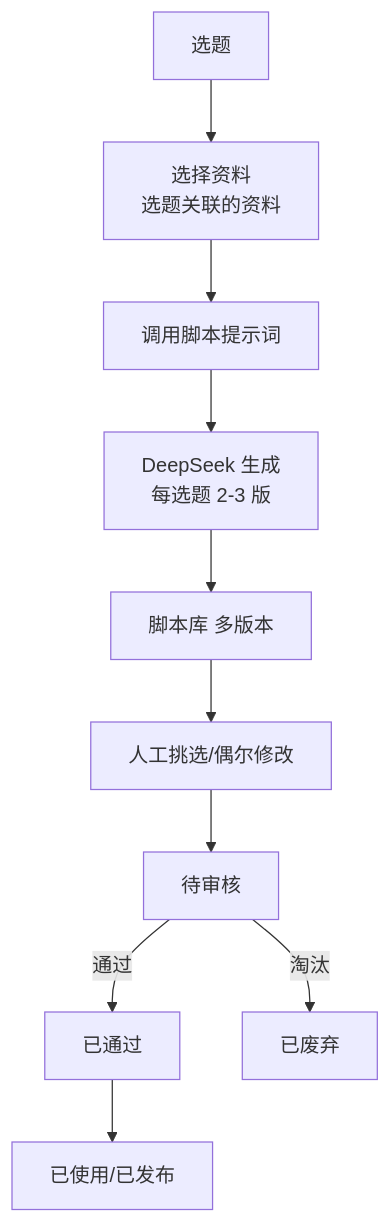
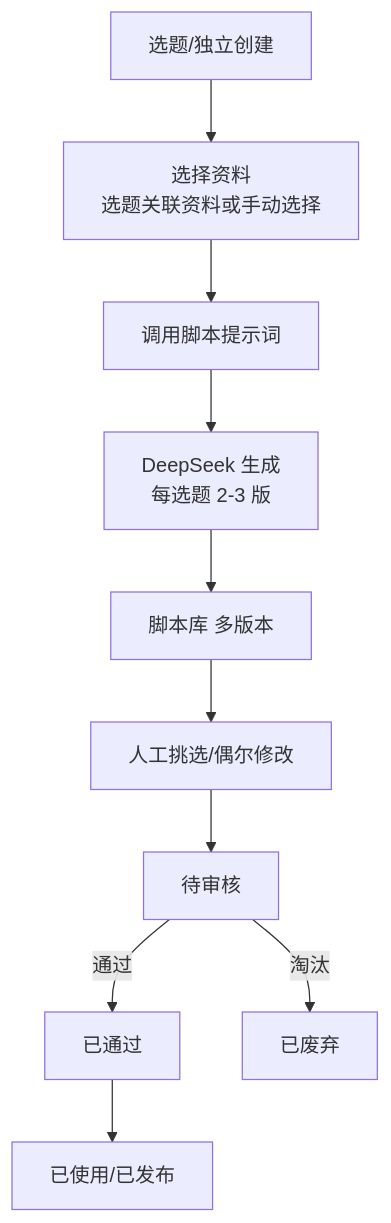
One commit to lophyJessica/forge-scrm changed the fourth of 5 diagrams in context/02-核心业务流程.md. Above: the diagram before and after it, drawn with Mermaid. The commit also changed other lines of this file and 18 other files, not shown here.

Commit message:
docs: 修复审计27项(P0x9/P1x13/P2x5)——口径统一/审核入口/一期权限/Schema对齐

````diff
--- a/context/02-核心业务流程.md
+++ b/context/02-核心业务流程.md
@@ -76,12 +77,12 @@
 ```mermaid
 flowchart TD
-    A[选题] --> B[选择资料<br/>选题关联的资料]
+    A[选题/独立创建] --> B[选择资料<br/>选题关联资料或手动选择]
     B --> C[调用脚本提示词]
     C --> D[DeepSeek 生成<br/>每选题 2-3 版]
     D --> E[脚本库 多版本]
     E --> F[人工挑选/偶尔修改]
     F --> G[待审核]
     G -->|通过| H[已通过]
     H --> I[已使用/已发布]
     G -->|淘汰| J[已废弃]
 ```
````
